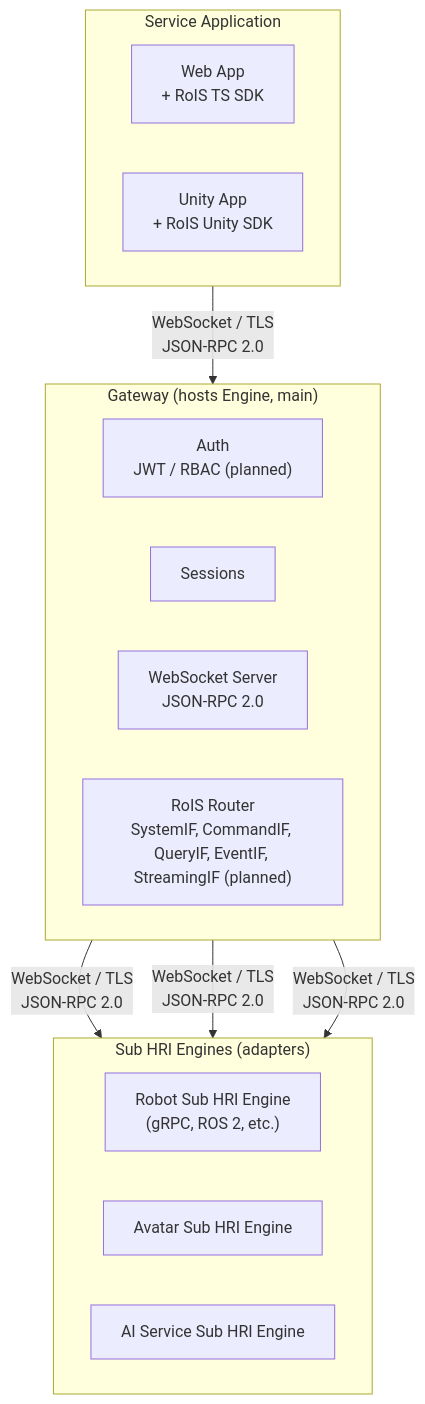
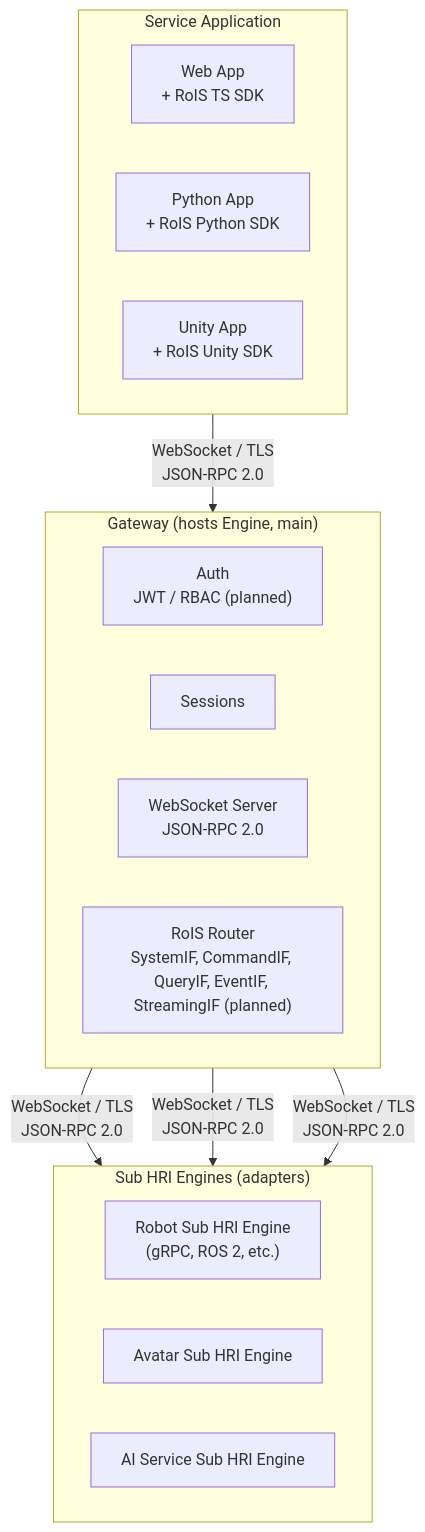
One commit to openrois/openrois changed the first of 5 diagrams in docs/architecture.md. Above: the diagram before and after it, drawn with Mermaid. The commit also changed other lines of this file and 19 other files, not shown here.

````diff
--- a/docs/architecture.md
+++ b/docs/architecture.md
@@ -187,28 +187,29 @@
 ```mermaid
 flowchart TB
     subgraph L1["Service Application"]
         direction LR
         WebApp["Web App<br/>+ RoIS TS SDK"]
+        PythonApp["Python App<br/>+ RoIS Python SDK"]
         UnityApp["Unity App<br/>+ RoIS Unity SDK"]
     end
 
     subgraph L2["Gateway (hosts Engine, main)"]
         direction LR
         Auth["Auth<br/>JWT / RBAC (planned)"]
         Session["Sessions"]
         WSServer["WebSocket Server<br/>JSON-RPC 2.0"]
         Router["RoIS Router<br/>SystemIF, CommandIF, QueryIF, EventIF, StreamingIF (planned)"]
     end
 
     subgraph L3["Sub HRI Engines (adapters)"]
         direction LR
         RobotSubEngine["Robot Sub HRI Engine<br/>(gRPC, ROS 2, etc.)"]
         AvatarSubEngine["Avatar Sub HRI Engine"]
         ServiceSubEngine["AI Service Sub HRI Engine"]
     end
 
     L1 -->|"WebSocket / TLS<br/>JSON-RPC 2.0"| L2
     L2 -->|"WebSocket / TLS<br/>JSON-RPC 2.0"| RobotSubEngine
     L2 -->|"WebSocket / TLS<br/>JSON-RPC 2.0"| AvatarSubEngine
     L2 -->|"WebSocket / TLS<br/>JSON-RPC 2.0"| ServiceSubEngine
 ```
````
